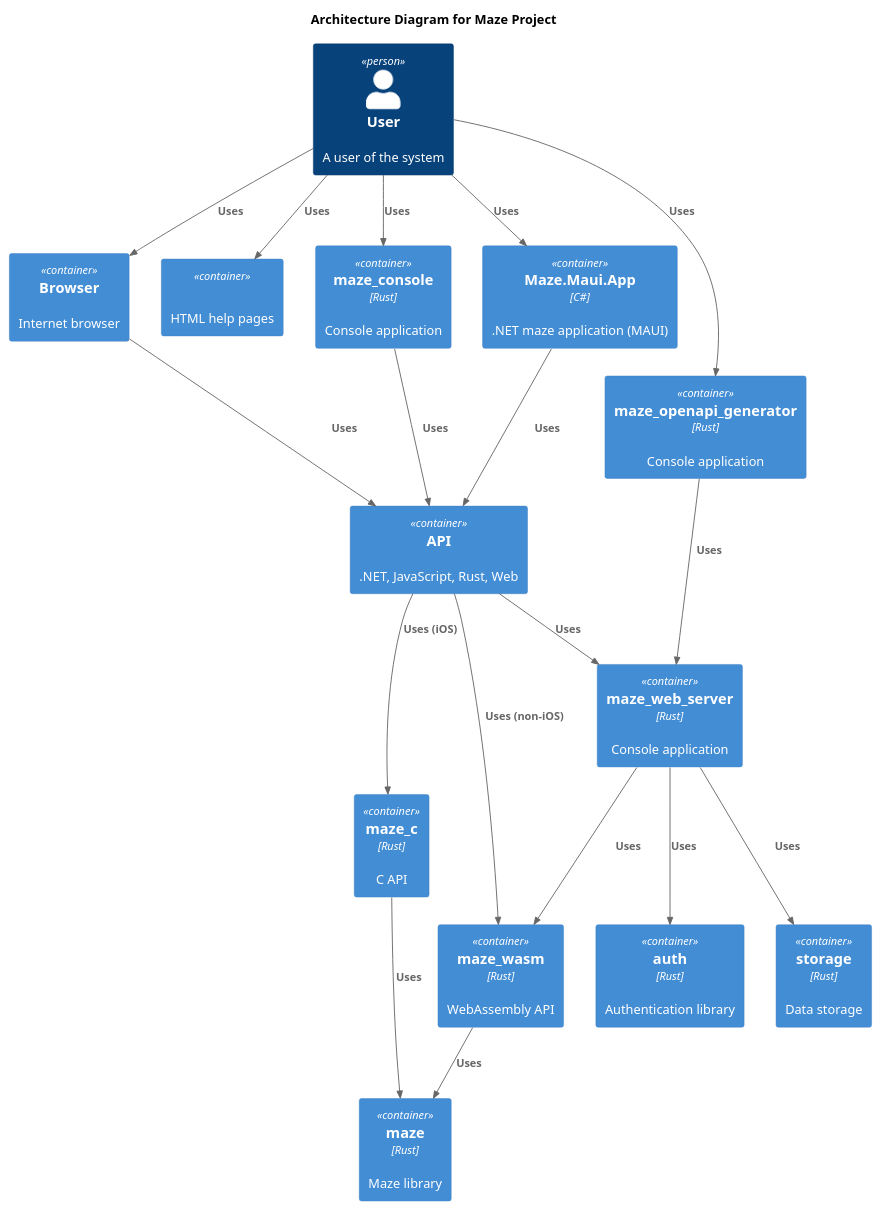
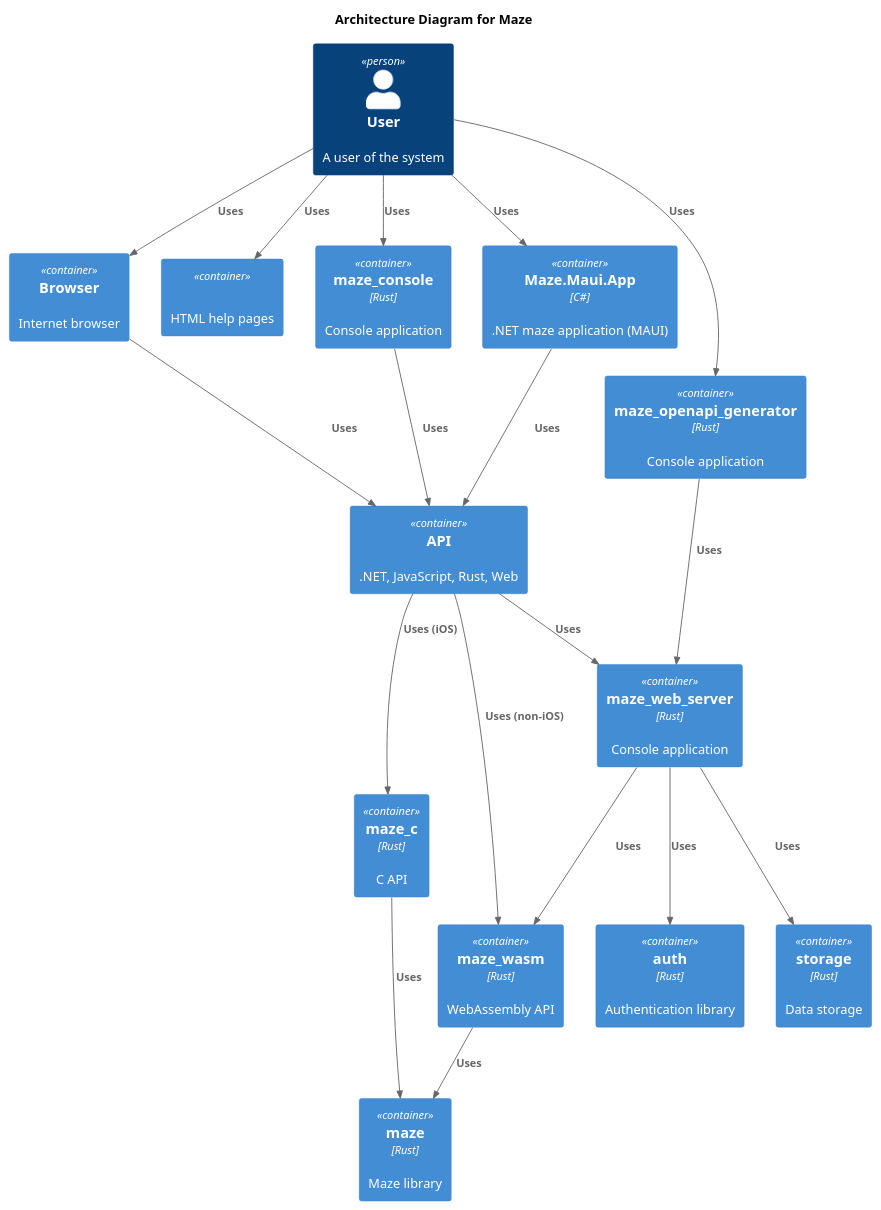
One commit to budgiedownunder/maze changed the diagram in docs/diagrams/architecture.puml. Above: the diagram before and after it, drawn with PlantUML. The commit also changed 1 other file, not shown here.

Commit message:
Remove "Projecvt" from diagram titles

```diff
--- a/docs/diagrams/architecture.puml
+++ b/docs/diagrams/architecture.puml
@@ -2,40 +2,40 @@
 @startuml
 
 !include https://raw.githubusercontent.com/plantuml-stdlib/C4-PlantUML/master/C4_Container.puml
 
-title Architecture Diagram for Maze Project
+title Architecture Diagram for Maze
 
 Person(user, "User", "A user of the system")
 
 Container(api, "API", "", ".NET, JavaScript, Rust, Web")
 Container(auth, "auth", "Rust", "Authentication library")
 Container(browser, "Browser", "", "Internet browser")
 Container(html_help, "", "", "HTML help pages")
 Container(maze, "maze", "Rust", "Maze library")
 Container(maze_c, "maze_c", "Rust", "C API")
 Container(maze_console, "maze_console", "Rust", "Console application")
 Container(maze_maui_app_net, "Maze.Maui.App", "C#", ".NET maze application (MAUI)")
 Container(maze_openapi_generator, "maze_openapi_generator", "Rust", "Console application")
 Container(maze_wasm, "maze_wasm", "Rust", "WebAssembly API")
 Container(maze_web_server, "maze_web_server", "Rust", "Console application")
 Container(storage, "storage", "Rust", "Data storage")
 
 Rel(user, browser, "Uses")
 Rel(user, html_help, "Uses")
 Rel(user, maze_console, "Uses")
 Rel(user, maze_maui_app_net, "Uses")
 Rel(user, maze_openapi_generator, "Uses")
 Rel(browser, api, "Uses")
 Rel(maze_console, api, "Uses")
 Rel(maze_maui_app_net, api, "Uses")
 Rel(maze_openapi_generator, maze_web_server, "Uses")
 Rel(maze_c, maze, "Uses")
 Rel(maze_wasm, maze, "Uses")
 Rel(api, maze_wasm, "Uses (non-iOS)")
 Rel(api, maze_c, "Uses (iOS)")
 Rel(api, maze_web_server, "Uses")
 Rel(maze_web_server, maze_wasm, "Uses")
 Rel(maze_web_server, auth, "Uses")
 Rel(maze_web_server, storage, "Uses")
 
 @enduml
```
